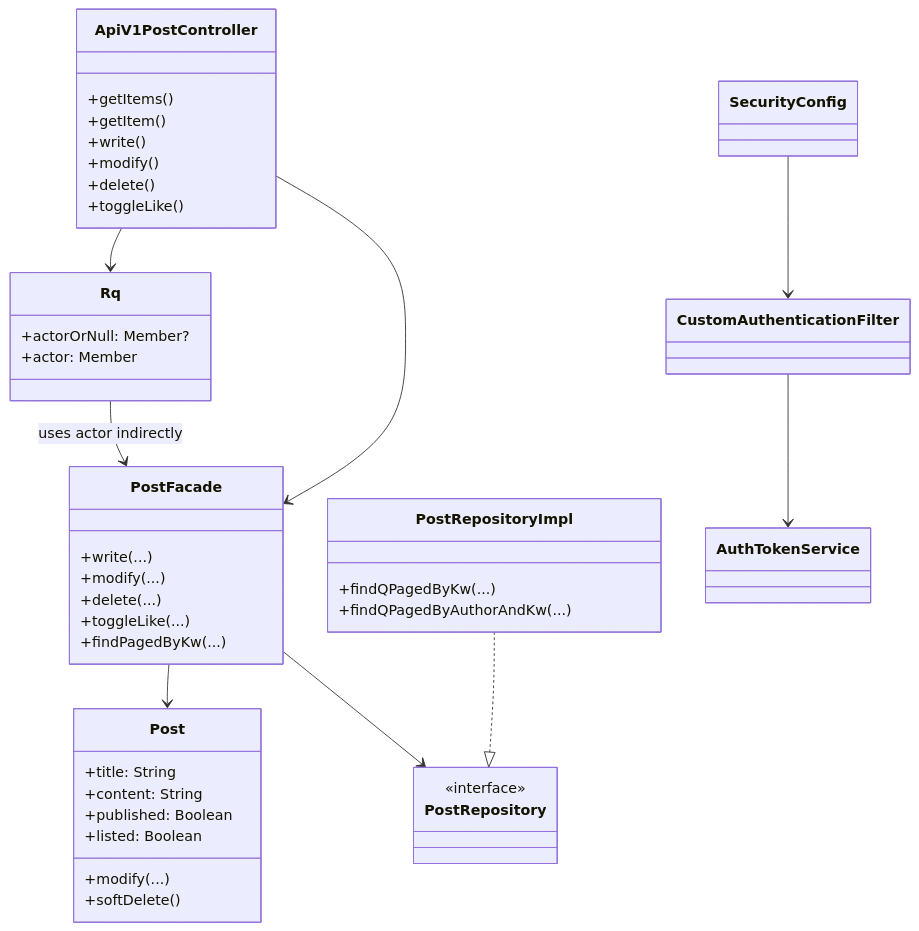
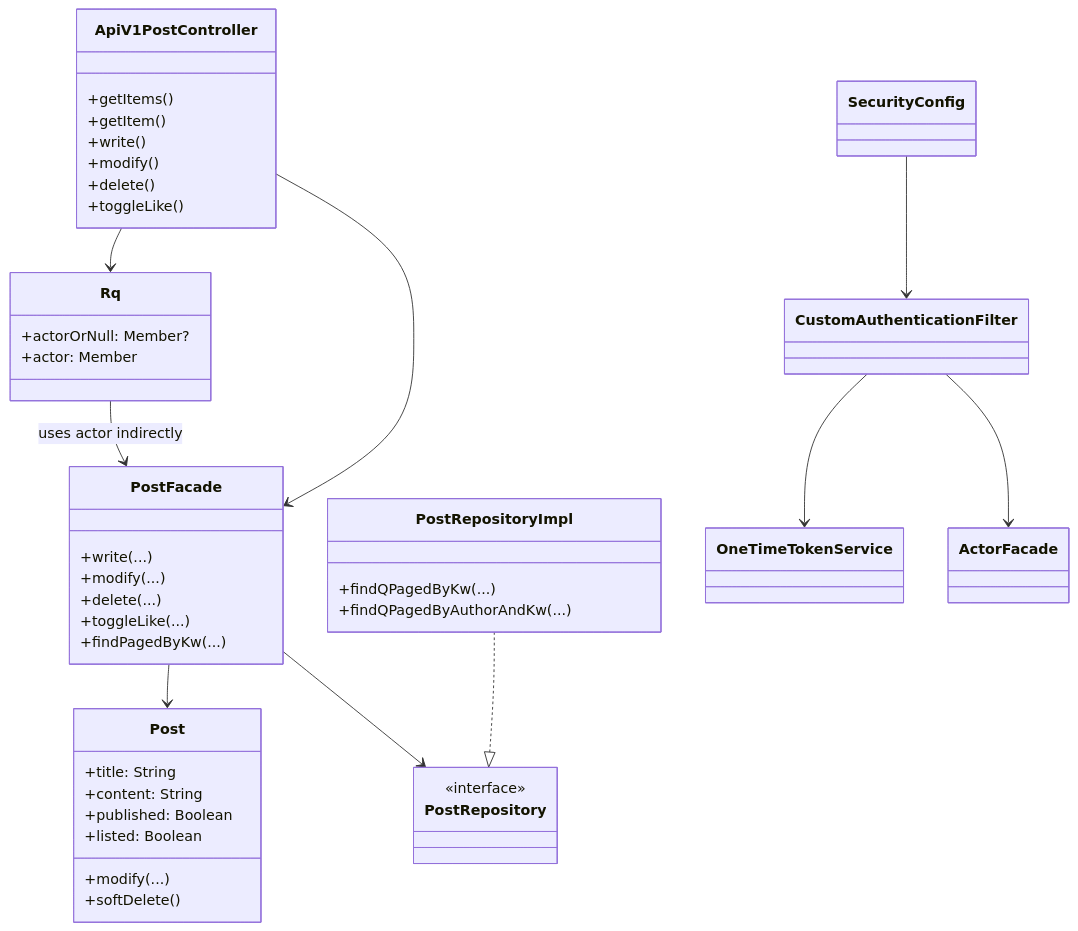
The fifth of 7 diagrams in back/README.md (jhs512/slog_2026_03), drawn with Mermaid before and after one commit. The commit also changed other lines of this file and 1 other file, not shown here.

````diff
--- a/back/README.md
+++ b/back/README.md
@@ -930,55 +964,57 @@
 ```mermaid
 classDiagram
     class ApiV1PostController {
         +getItems()
         +getItem()
         +write()
         +modify()
         +delete()
         +toggleLike()
     }
 
     class Rq {
         +actorOrNull: Member?
         +actor: Member
     }
 
     class PostFacade {
         +write(...)
         +modify(...)
         +delete(...)
         +toggleLike(...)
         +findPagedByKw(...)
     }
 
     class Post {
         +title: String
         +content: String
         +published: Boolean
         +listed: Boolean
         +modify(...)
         +softDelete()
     }
 
     class PostRepository {
         <<interface>>
     }
 
     class PostRepositoryImpl {
         +findQPagedByKw(...)
         +findQPagedByAuthorAndKw(...)
     }
 
     class CustomAuthenticationFilter
     class SecurityConfig
-    class AuthTokenService
+    class ActorFacade
+    class OneTimeTokenService
 
     ApiV1PostController --> PostFacade
     ApiV1PostController --> Rq
     PostFacade --> PostRepository
     PostFacade --> Post
     PostRepositoryImpl ..|> PostRepository
     SecurityConfig --> CustomAuthenticationFilter
-    CustomAuthenticationFilter --> AuthTokenService
+    CustomAuthenticationFilter --> ActorFacade
+    CustomAuthenticationFilter --> OneTimeTokenService
     Rq --> PostFacade : uses actor indirectly
 ```
````
